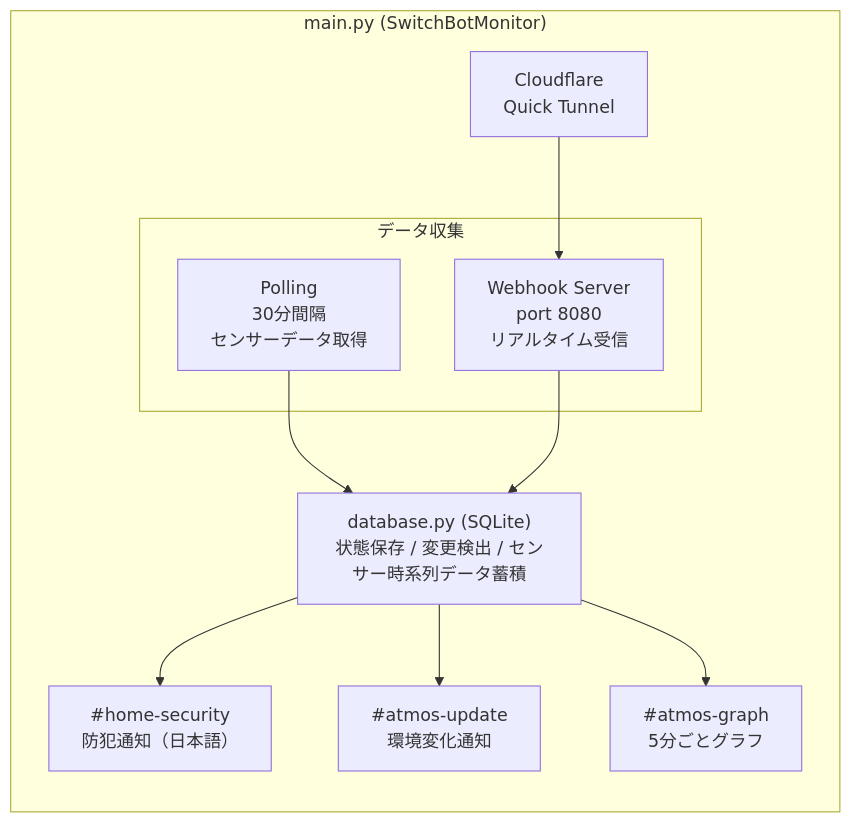
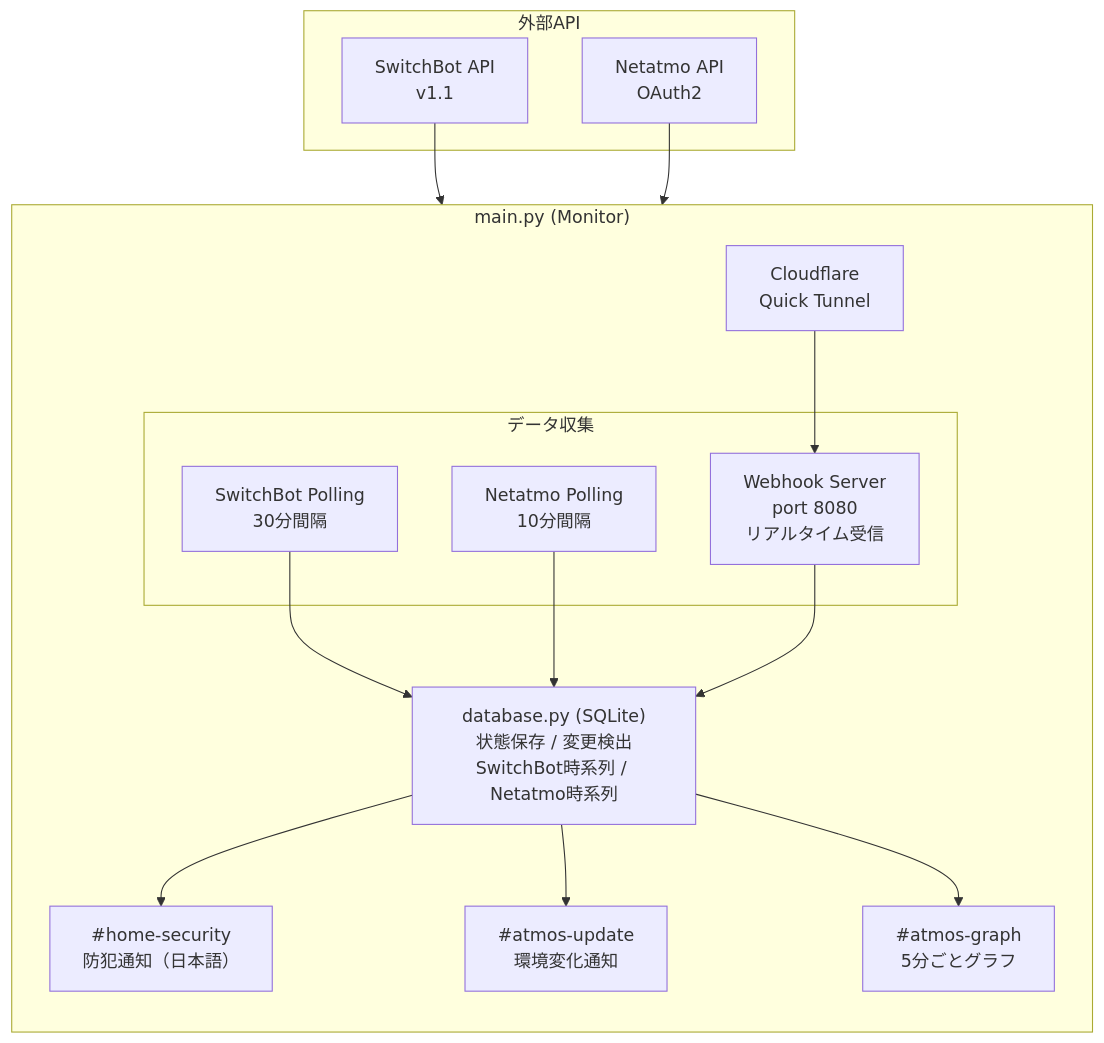
The diagram in README.md (tubone24/switchbot-hub), drawn with Mermaid before and after one commit. The commit also changed other lines of this file and 5 other files, not shown here.

````diff
--- a/README.md
+++ b/README.md
@@ -243,22 +316,32 @@
 ```mermaid
 flowchart TB
-    subgraph main["main.py (SwitchBotMonitor)"]
+    subgraph main["main.py (Monitor)"]
         direction TB
 
         subgraph input["データ収集"]
-            polling["Polling<br/>30分間隔<br/>センサーデータ取得"]
+            sbPolling["SwitchBot Polling<br/>30分間隔"]
+            naPolling["Netatmo Polling<br/>10分間隔"]
             webhook["Webhook Server<br/>port 8080<br/>リアルタイム受信"]
         end
 
         cf["Cloudflare<br/>Quick Tunnel"] --> webhook
 
-        polling --> db
+        sbPolling --> db
+        naPolling --> db
         webhook --> db
 
-        db["database.py (SQLite)<br/>状態保存 / 変更検出 / センサー時系列データ蓄積"]
+        db["database.py (SQLite)<br/>状態保存 / 変更検出<br/>SwitchBot時系列 / Netatmo時系列"]
 
         db --> security["#home-security<br/>防犯通知（日本語）"]
         db --> atmos["#atmos-update<br/>環境変化通知"]
         db --> atmosGraph["#atmos-graph<br/>5分ごとグラフ"]
     end
+
+    subgraph external["外部API"]
+        sbAPI["SwitchBot API<br/>v1.1"]
+        naAPI["Netatmo API<br/>OAuth2"]
+    end
+
+    sbAPI --> sbPolling
+    naAPI --> naPolling
 ```
````
